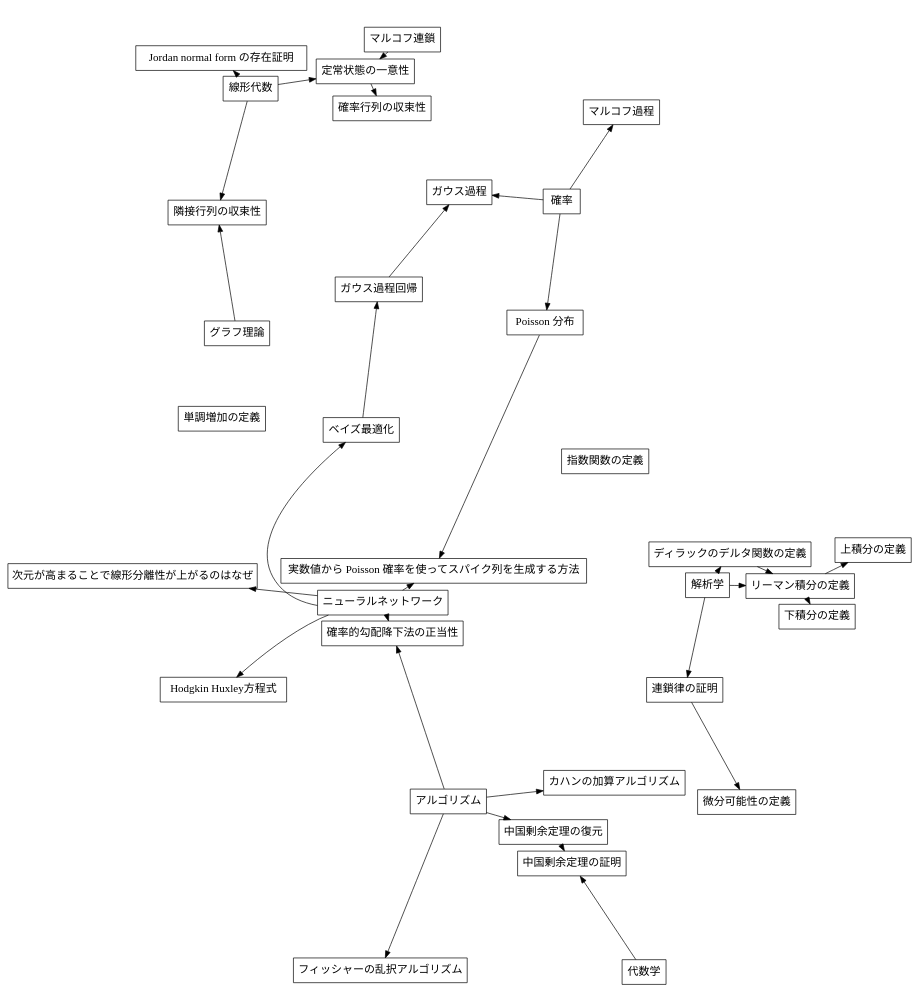
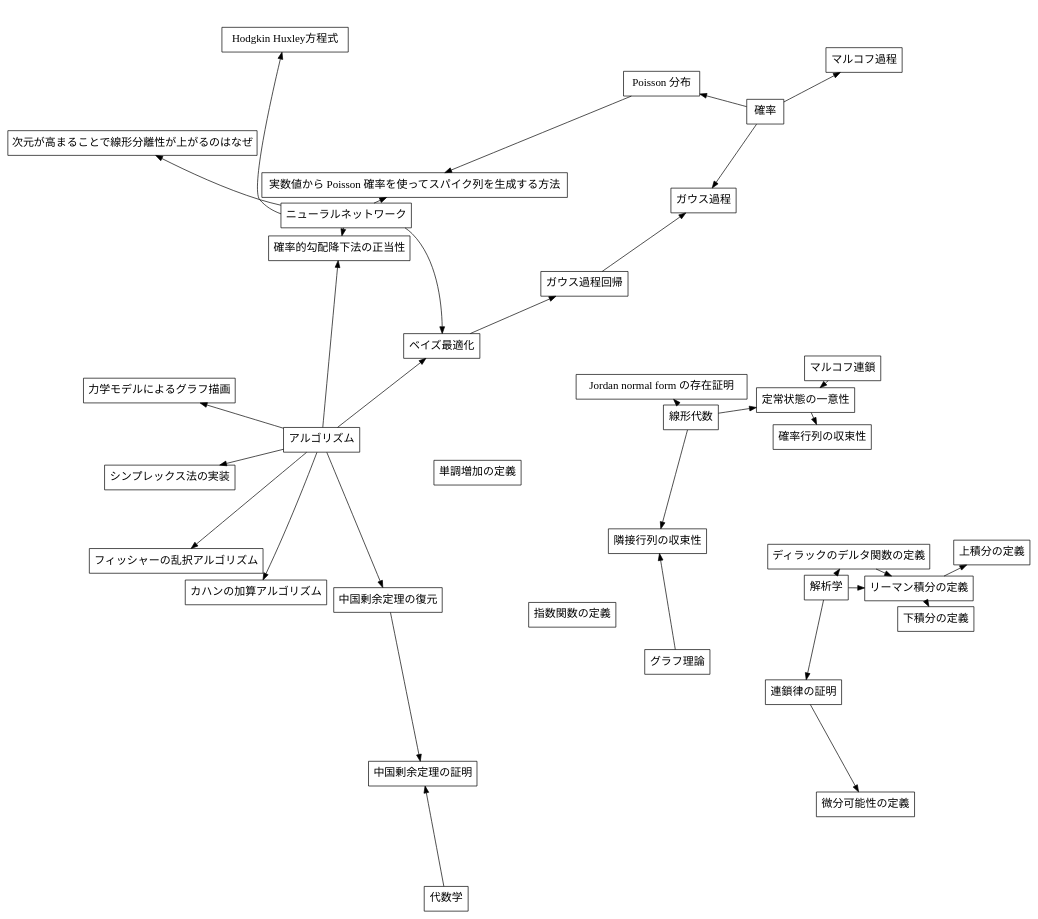
Before and after one commit to muushi97/notes: the diagram in todo/master.dot, drawn with Graphviz. The commit also changed 1 other file, not shown here.

```diff
--- a/todo/master.dot
+++ b/todo/master.dot
@@ -1,106 +1,101 @@
 digraph graph_name {
   graph [
     charset = "UTF-8";
-    label = "sample graph",
+    label = "todo",
     labelloc = "t",
     labeljust = "c",
     bgcolor = "#ffffff",
     fontcolor = white,
     fontsize = 18,
     style = "filled",
     rankdir = TB,
     margin = 0.2,
     splines = spline,
     ranksep = 1.0,
     nodesep = 0.9,
     //layout = dot
     layout = fdp
   ];
 
   node [
     colorscheme = "rdylgn11"
     style = "solid,filled",
     shape = box,
     fontsize = 16,
     fontcolor = black,
     fontname = "Migu 1M",
     color = black,
     fillcolor = white,
   ];
 
-  edge [
-    style = solid,
-    color = black,
-    labelfloat = true,
-    labeldistance = 2.5,
-    labelangle = 70
-  ];
-
 
   // edge define
   "ニューラルネットワーク";
   "解析学"
   "線形代数";
   "グラフ理論";
   "確率";
   "代数学";
   "アルゴリズム";
 
-
-  "解析学" -> "連鎖律の証明";
-
-  "連鎖律の証明" -> "微分可能性の定義";
-
-  "解析学" -> "ディラックのデルタ関数の定義";
-
-  "解析学" -> "リーマン積分の定義";
-
-  "ディラックのデルタ関数の定義" -> "リーマン積分の定義";
-
-  "リーマン積分の定義" -> "上積分の定義";
-  "リーマン積分の定義" -> "下積分の定義";
-  "確率" -> "マルコフ過程";
-  "確率" -> "Poisson 分布";
-  "ベイズ最適化" -> "ガウス過程回帰";
-
-  "確率"           -> "ガウス過程";
-  "ガウス過程回帰" -> "ガウス過程";
-
-  "グラフ理論" -> "隣接行列の収束性";
-  "線形代数"   -> "隣接行列の収束性";
-
-  "線形代数" -> "Jordan normal form の存在証明";
-
-  "マルコフ連鎖" -> "定常状態の一意性";
-  "線形代数"     -> "定常状態の一意性";
-
-  "定常状態の一意性" -> "確率行列の収束性";
-
-  "アルゴリズム" -> "中国剰余定理の復元";
-
-  "代数学"             -> "中国剰余定理の証明";
-  "中国剰余定理の復元" -> "中国剰余定理の証明";
-
-  "ニューラルネットワーク" -> "Hodgkin Huxley方程式";
-
-  "ニューラルネットワーク" -> "確率的勾配降下法の正当性";
-  "アルゴリズム"           -> "確率的勾配降下法の正当性";
-
-  "ニューラルネットワーク" -> "実数値から Poisson 確率を使ってスパイク列を生成する方法";
-  "Poisson 分布"           -> "実数値から Poisson 確率を使ってスパイク列を生成する方法";
-
-  "ニューラルネットワーク" -> "次元が高まることで線形分離性が上がるのはなぜ";
-
-  "ニューラルネットワーク" -> "ベイズ最適化";
-
-  "アルゴリズム" -> "フィッシャーの乱択アルゴリズム";
-
-  "アルゴリズム" -> "カハンの加算アルゴリズム";
-
-
   "単調増加の定義";
   "指数関数の定義";
 
-  "単調増加の定義";
-  "指数関数の定義";
+  "解析学"                          -> "連鎖律の証明";
+
+  "連鎖律の証明"                    -> "微分可能性の定義";
+
+  "解析学"                          -> "ディラックのデルタ関数の定義";
+
+  "解析学"                          -> "リーマン積分の定義";
+  "ディラックのデルタ関数の定義"    -> "リーマン積分の定義";
+
+  "リーマン積分の定義"              -> "上積分の定義";
+
+  "リーマン積分の定義"              -> "下積分の定義";
+
+  "確率"                            -> "マルコフ過程";
+
+  "確率"                            -> "Poisson 分布";
+
+  "ベイズ最適化"                    -> "ガウス過程回帰";
+
+  "確率"                            -> "ガウス過程";
+  "ガウス過程回帰"                  -> "ガウス過程";
+
+  "グラフ理論"                      -> "隣接行列の収束性";
+  "線形代数"                        -> "隣接行列の収束性";
+
+  "線形代数"                        -> "Jordan normal form の存在証明";
+
+  "マルコフ連鎖"                    -> "定常状態の一意性";
+  "線形代数"                        -> "定常状態の一意性";
+
+  "定常状態の一意性"                -> "確率行列の収束性";
+
+  { "アルゴリズム" }                -> "中国剰余定理の復元";
+
+  { "代数学";
+    "中国剰余定理の復元" }          -> "中国剰余定理の証明";
+
+  { "ニューラルネットワーク" }      -> "Hodgkin Huxley方程式";
+
+  { "ニューラルネットワーク";
+    "アルゴリズム" }                -> "確率的勾配降下法の正当性";
+
+  { "ニューラルネットワーク";
+    "Poisson 分布" }                -> "実数値から Poisson 確率を使ってスパイク列を生成する方法";
+
+  { "ニューラルネットワーク" }      -> "次元が高まることで線形分離性が上がるのはなぜ";
+
+  { "ニューラルネットワーク";
+    "アルゴリズム" }                -> "ベイズ最適化";
+
+  { "アルゴリズム" }                -> "フィッシャーの乱択アルゴリズム";
+
+  { "アルゴリズム" }                -> "カハンの加算アルゴリズム";
+
+  { "アルゴリズム" }                -> "シンプレックス法の実装";
+
+  { "アルゴリズム" }                -> "力学モデルによるグラフ描画";
 }
```
